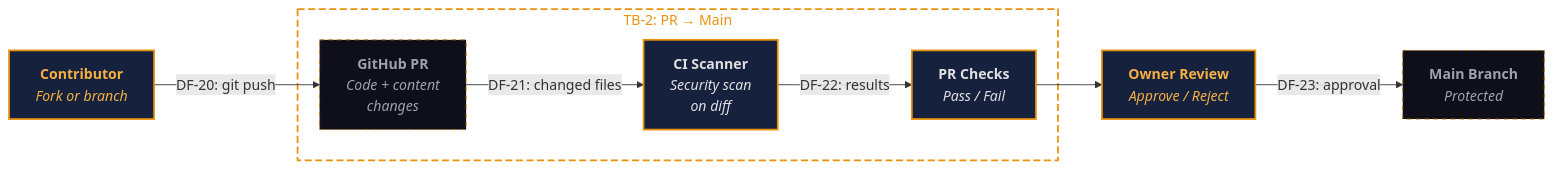
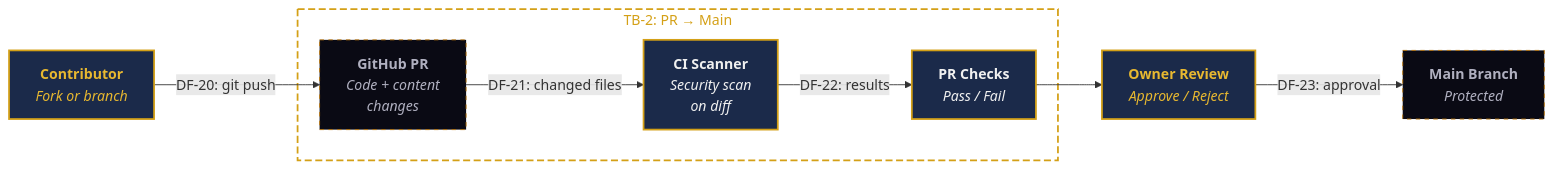
The sixth of 6 diagrams in docs/adr.md (originalrgsec/open-workspace-builder), drawn with Mermaid before and after one commit. The commit also changed other lines of this file and 19 other files, not shown here.

````diff
--- a/docs/adr.md
+++ b/docs/adr.md
@@ -291,25 +291,25 @@
 ```mermaid
 graph LR
     Contributor["<b>Contributor</b><br/><i>Fork or branch</i>"]:::actor
 
     subgraph TB2 ["TB-2: PR → Main"]
         PR["<b>GitHub PR</b><br/><i>Code + content<br/>changes</i>"]:::store
         CI["<b>CI Scanner</b><br/><i>Security scan<br/>on diff</i>"]:::comp
         Checks["<b>PR Checks</b><br/><i>Pass / Fail</i>"]:::comp
     end
 
     Owner["<b>Owner Review</b><br/><i>Approve / Reject</i>"]:::actor
     MainBranch["<b>Main Branch</b><br/><i>Protected</i>"]:::store
 
     Contributor -->|"DF-20: git push"| PR
     PR -->|"DF-21: changed files"| CI
     CI -->|"DF-22: results"| Checks
     Owner -->|"DF-23: approval"| MainBranch
     Checks --> Owner
 
-    classDef actor fill:#16213E,color:#F5B041,stroke:#E8920D,stroke-width:2px
-    classDef comp fill:#16213E,color:#E0E0E0,stroke:#E8920D,stroke-width:2px
-    classDef store fill:#0F0F1A,color:#A0A0B0,stroke:#B87308,stroke-width:1px,stroke-dasharray:5 5
+    classDef actor fill:#1B2A4A,color:#E8B830,stroke:#D4A017,stroke-width:2px
+    classDef comp fill:#1B2A4A,color:#F0F0F0,stroke:#D4A017,stroke-width:2px
+    classDef store fill:#0A0A14,color:#B0B0C0,stroke:#B87308,stroke-width:1px,stroke-dasharray:5 5
 
-    style TB2 fill:none,stroke:#E8920D,stroke-width:2px,stroke-dasharray:8 4,color:#E8920D
+    style TB2 fill:none,stroke:#D4A017,stroke-width:2px,stroke-dasharray:8 4,color:#D4A017
 ```
````
